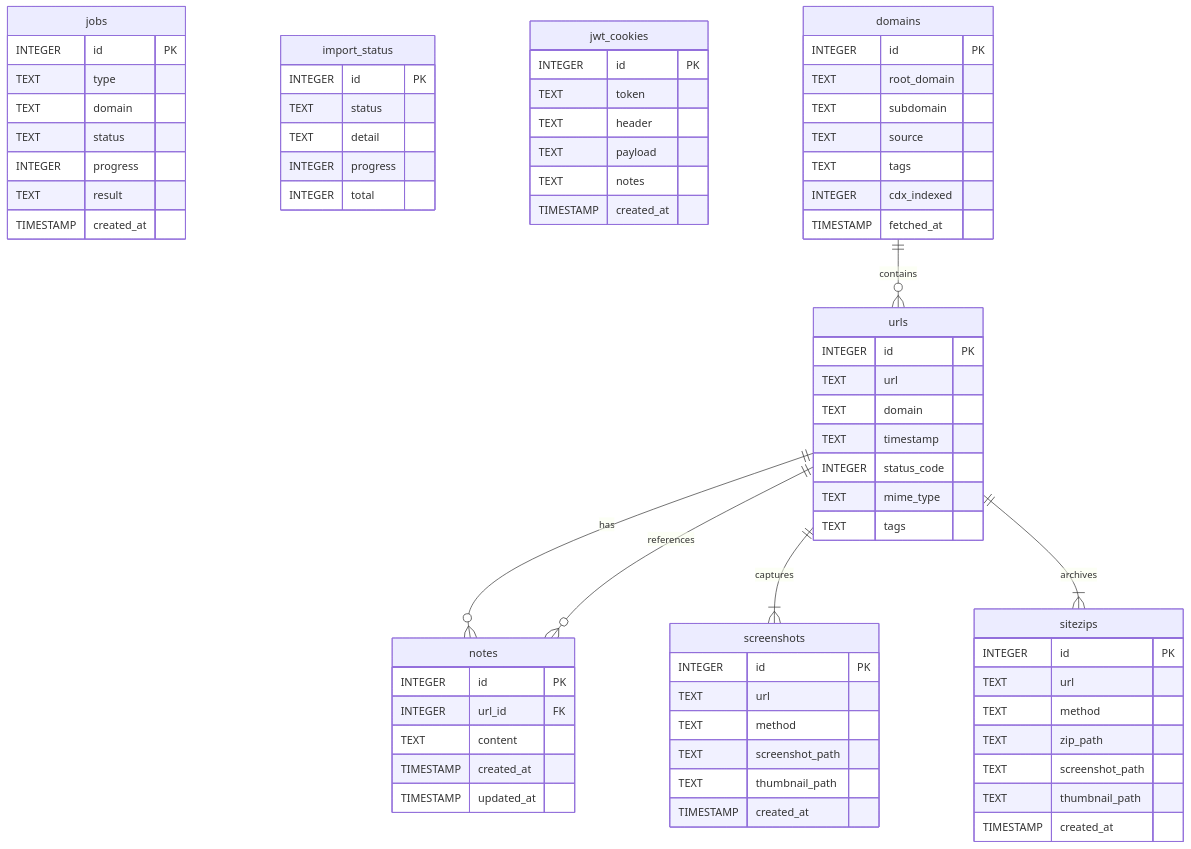
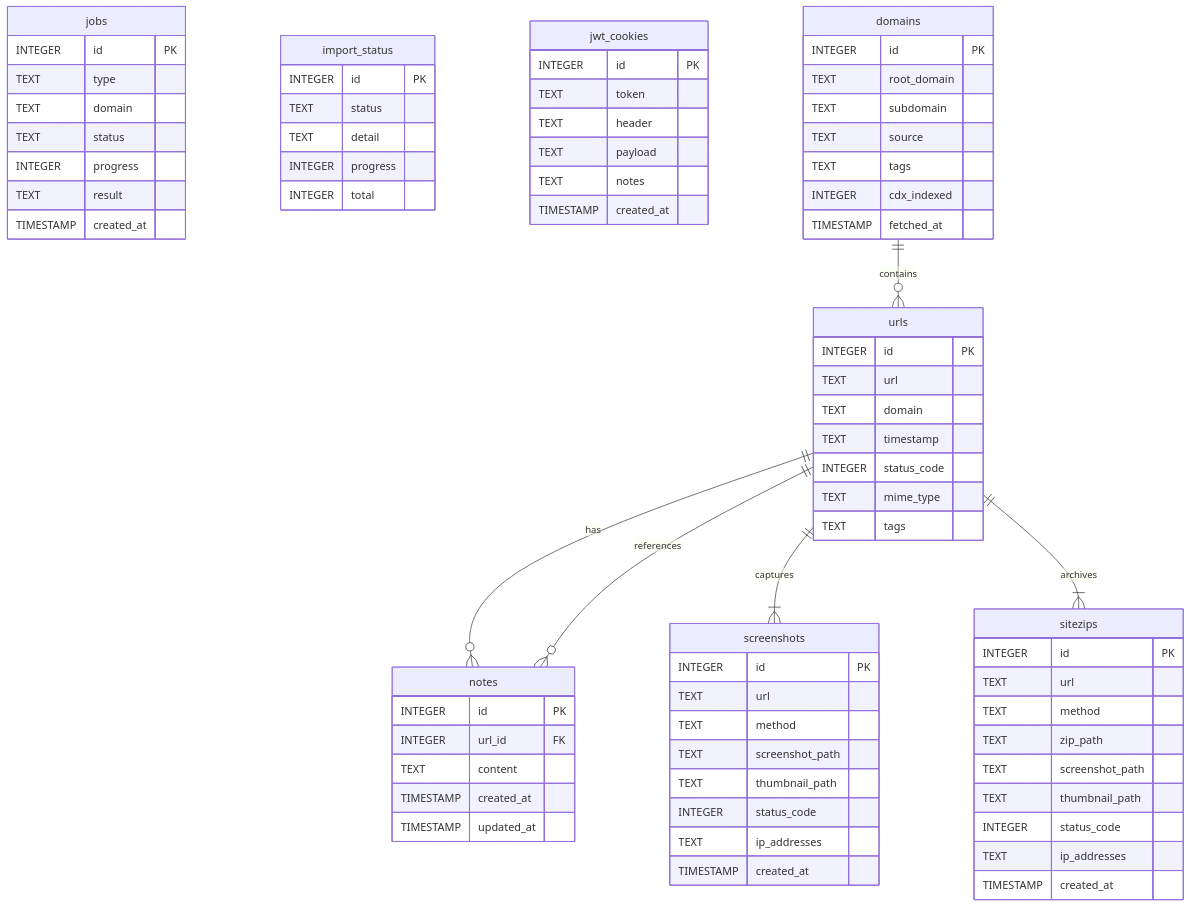
The diagram in docs/database_erd.md (thesavant42/retrorecon), drawn with Mermaid before and after one commit. The commit also changed 9 other files, not shown here.

````diff
--- a/docs/database_erd.md
+++ b/docs/database_erd.md
@@ -3,75 +3,79 @@
 ```mermaid
 erDiagram
     urls {
         INTEGER id PK
         TEXT url
         TEXT domain
         TEXT timestamp
         INTEGER status_code
         TEXT mime_type
         TEXT tags
     }
     jobs {
         INTEGER id PK
         TEXT type
         TEXT domain
         TEXT status
         INTEGER progress
         TEXT result
         TIMESTAMP created_at
     }
     import_status {
         INTEGER id PK
         TEXT status
         TEXT detail
         INTEGER progress
         INTEGER total
     }
     notes {
         INTEGER id PK
         INTEGER url_id FK
         TEXT content
         TIMESTAMP created_at
         TIMESTAMP updated_at
     }
     jwt_cookies {
         INTEGER id PK
         TEXT token
         TEXT header
         TEXT payload
         TEXT notes
         TIMESTAMP created_at
     }
     screenshots {
         INTEGER id PK
         TEXT url
         TEXT method
         TEXT screenshot_path
         TEXT thumbnail_path
+        INTEGER status_code
+        TEXT ip_addresses
         TIMESTAMP created_at
     }
     sitezips {
         INTEGER id PK
         TEXT url
         TEXT method
         TEXT zip_path
         TEXT screenshot_path
         TEXT thumbnail_path
+        INTEGER status_code
+        TEXT ip_addresses
         TIMESTAMP created_at
     }
     domains {
         INTEGER id PK
         TEXT root_domain
         TEXT subdomain
         TEXT source
         TEXT tags
         INTEGER cdx_indexed
         TIMESTAMP fetched_at
     }
 
     urls ||--o{ notes : has
     urls ||--|{ screenshots : captures
     urls ||--|{ sitezips : archives
     notes }o--|| urls : references
     domains ||--o{ urls : contains
 ```
````
